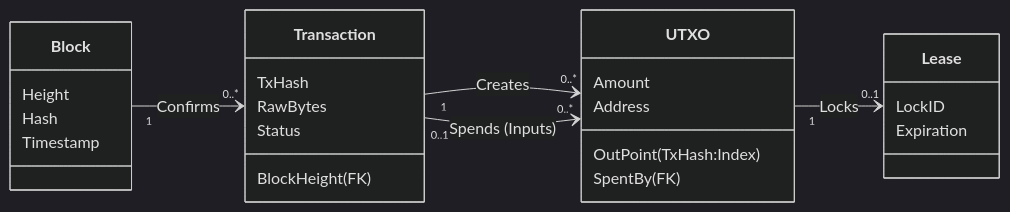
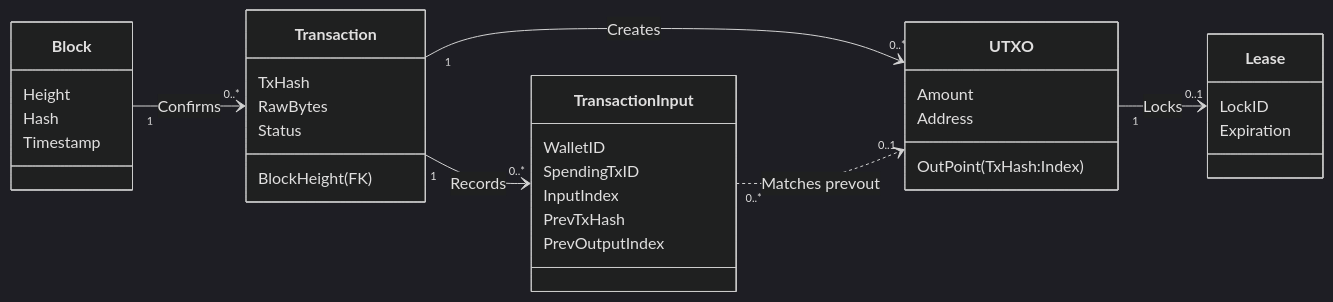
Before and after one commit to btcsuite/btcwallet: the first of 6 diagrams in docs/developer/utxo_data_model.md, drawn with Mermaid (dark theme). The commit also changed other lines of this file and 3 other files, not shown here.

````diff
--- a/docs/developer/utxo_data_model.md
+++ b/docs/developer/utxo_data_model.md
@@ -33,34 +44,44 @@
 ```mermaid
 classDiagram
+    %% Retain every input claimant independently of owned credits.
+    %% The dotted prevout match is optional lookup, not a parent-credit FK.
     direction LR
-    
+
     class Block {
         Height
         Hash
         Timestamp
     }
-    
+
     class Transaction {
         TxHash
         RawBytes
         Status
         BlockHeight (FK)
     }
-    
+
+    class TransactionInput {
+        WalletID
+        SpendingTxID
+        InputIndex
+        PrevTxHash
+        PrevOutputIndex
+    }
+
     class UTXO {
         OutPoint (TxHash:Index)
         Amount
         Address
-        SpentBy (FK)
     }
-    
+
     class Lease {
         LockID
         Expiration
     }
 
     Block "1" --> "0..*" Transaction : Confirms
     Transaction "1" --> "0..*" UTXO : Creates
-    Transaction "0..1" --> "0..*" UTXO : Spends (Inputs)
+    Transaction "1" --> "0..*" TransactionInput : Records
+    TransactionInput "0..*" ..> "0..1" UTXO : Matches prevout
     UTXO "1" --> "0..1" Lease : Locks
 ```
````
